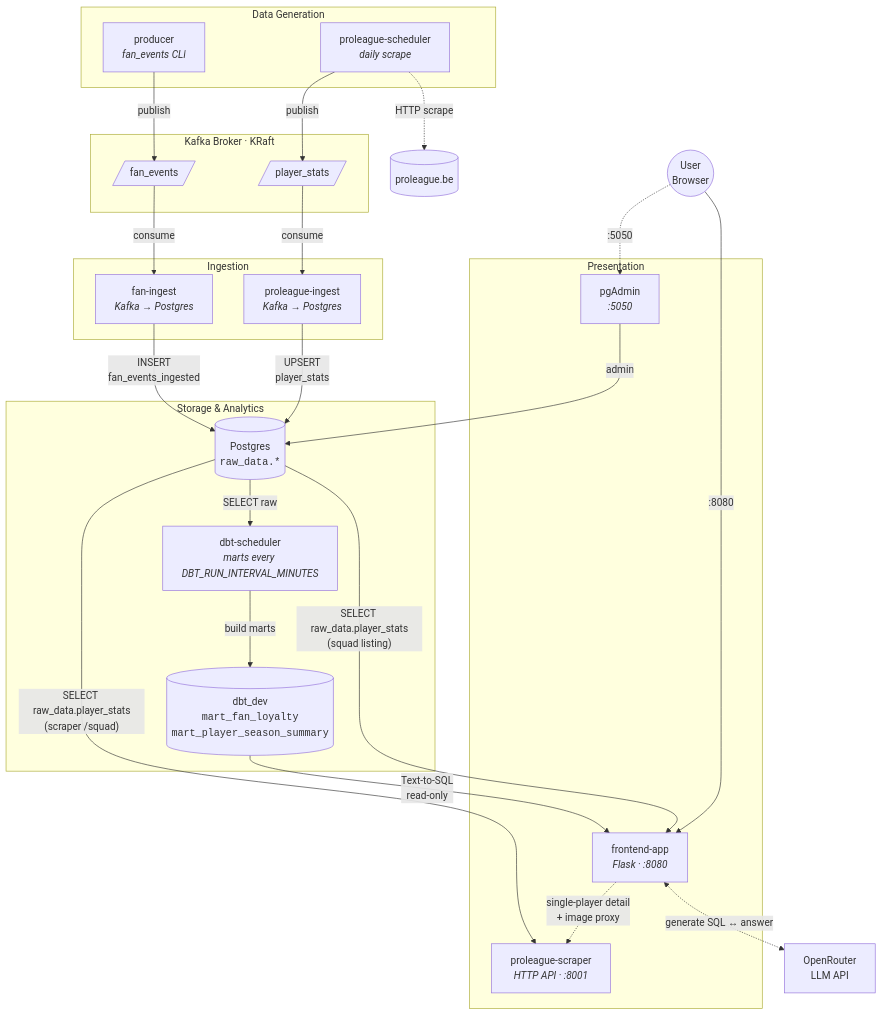
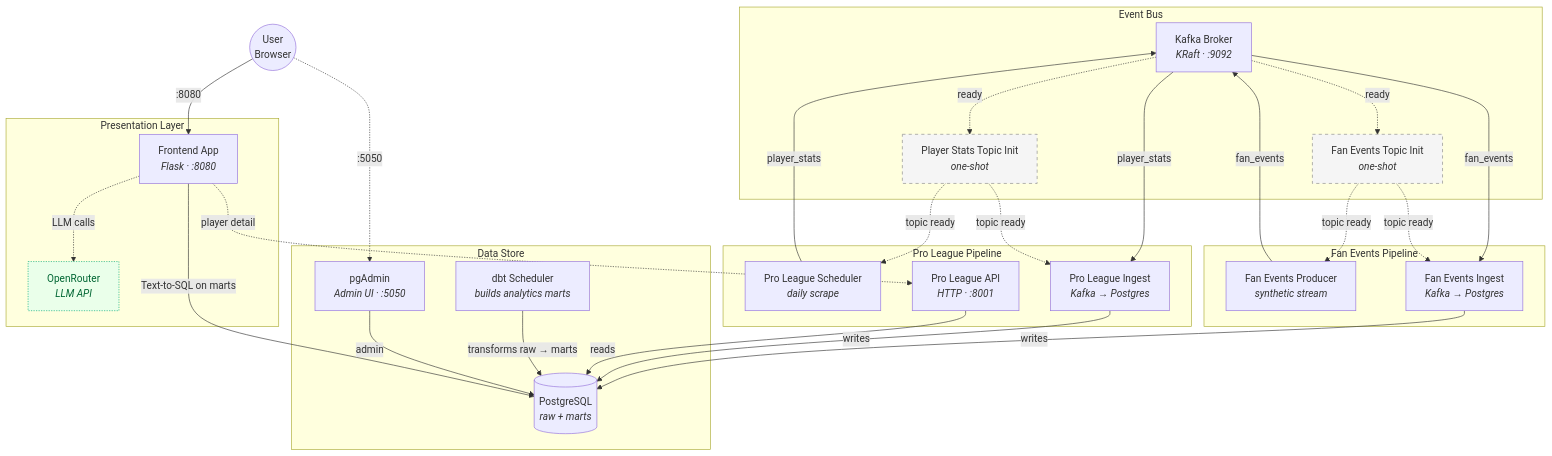
The diagram in README.md (mberetvas/blauw_zwart_pipeline), drawn with Mermaid before and after one commit. The commit also changed other lines of this file and 13 other files, not shown here.

````diff
--- a/README.md
+++ b/README.md
@@ -41,63 +40,72 @@
 ```mermaid
 flowchart TD
-    %% ── external actors ──────────────────────────────────────────
+    %% ── external actor ───────────────────────────────────────────
     user((User<br/>Browser))
-    proleague_site[(proleague.be)]
-    openrouter[OpenRouter<br/>LLM API]
 
-    %% ── data generation layer ────────────────────────────────────
-    subgraph gen ["Data Generation"]
-        producer["producer<br/><i>fan_events CLI</i>"]
-        scheduler["proleague-scheduler<br/><i>daily scrape</i>"]
+    %% ── event bus ────────────────────────────────────────────────
+    subgraph bus ["Event Bus"]
+        broker["Kafka Broker<br/><i>KRaft · :9092</i>"]
+        kafka_init["Fan Events Topic Init<br/><i>one-shot</i>"]:::init
+        kafka_init_scraper["Player Stats Topic Init<br/><i>one-shot</i>"]:::init
     end
 
-    %% ── message broker ───────────────────────────────────────────
-    subgraph kafka ["Kafka Broker · KRaft"]
-        fan_topic[/"fan_events"/]
-        player_topic[/"player_stats"/]
+    %% ── fan events pipeline ──────────────────────────────────────
+    subgraph fan ["Fan Events Pipeline"]
+        producer["Fan Events Producer<br/><i>synthetic stream</i>"]
+        ingest["Fan Events Ingest<br/><i>Kafka → Postgres</i>"]
     end
 
-    %% ── ingestion layer ──────────────────────────────────────────
-    subgraph consumers ["Ingestion"]
-        ingest["fan-ingest<br/><i>Kafka → Postgres</i>"]
-        pl_ingest["proleague-ingest<br/><i>Kafka → Postgres</i>"]
+    %% ── pro league pipeline ──────────────────────────────────────
+    subgraph pl ["Pro League Pipeline"]
+        pl_scheduler["Pro League Scheduler<br/><i>daily scrape</i>"]
+        pl_ingest["Pro League Ingest<br/><i>Kafka → Postgres</i>"]
+        pl_scraper["Pro League API<br/><i>HTTP · :8001</i>"]
     end
 
-    %% ── storage + analytics ──────────────────────────────────────
-    subgraph storage ["Storage & Analytics"]
-        postgres[("Postgres<br/><code>raw_data.*</code>")]
-        dbt["dbt-scheduler<br/><i>marts every DBT_RUN_INTERVAL_MINUTES</i>"]
-        marts[("dbt_dev<br/><code>mart_fan_loyalty</code><br/><code>mart_player_season_summary</code>")]
+    %% ── data store ───────────────────────────────────────────────
+    subgraph store ["Data Store"]
+        postgres[("PostgreSQL<br/><i>raw + marts</i>")]
+        dbt["dbt Scheduler<br/><i>builds analytics marts</i>"]
+        pgadmin["pgAdmin<br/><i>Admin UI · :5050</i>"]
     end
 
     %% ── presentation layer ───────────────────────────────────────
-    subgraph ui ["Presentation"]
-        frontend["frontend-app<br/><i>Flask · :8080</i>"]
-        scraper["proleague-scraper<br/><i>HTTP API · :8001</i>"]
-        pgadmin["pgAdmin<br/><i>:5050</i>"]
+    subgraph ui ["Presentation Layer"]
+        frontend["Frontend App<br/><i>Flask · :8080</i>"]
+        openrouter["OpenRouter<br/><i>LLM API</i>"]:::host
     end
 
-    %% ── flows ────────────────────────────────────────────────────
-    producer -- "publish" --> fan_topic
-    scheduler -. "HTTP scrape" .-> proleague_site
-    scheduler -- "publish" --> player_topic
+    %% ── topic init dependencies ──────────────────────────────────
+    broker -. "ready" .-> kafka_init
+    broker -. "ready" .-> kafka_init_scraper
 
-    fan_topic -- "consume" --> ingest
-    player_topic -- "consume" --> pl_ingest
+    %% ── fan events flow ──────────────────────────────────────────
+    producer -- "fan_events" --> broker
+    broker -- "fan_events" --> ingest
+    ingest -- "writes" --> postgres
+    kafka_init -. "topic ready" .-> producer
+    kafka_init -. "topic ready" .-> ingest
 
-    ingest -- "INSERT<br/>fan_events_ingested" --> postgres
-    pl_ingest -- "UPSERT<br/>player_stats" --> postgres
+    %% ── pro league flow ──────────────────────────────────────────
+    pl_scheduler -- "player_stats" --> broker
+    broker -- "player_stats" --> pl_ingest
+    pl_ingest -- "writes" --> postgres
+    pl_scraper -- "reads" --> postgres
+    kafka_init_scraper -. "topic ready" .-> pl_scheduler
+    kafka_init_scraper -. "topic ready" .-> pl_ingest
 
-    postgres -- "SELECT raw" --> dbt
-    dbt -- "build marts" --> marts
+    %% ── analytics + admin ────────────────────────────────────────
+    dbt -- "transforms raw → marts" --> postgres
+    pgadmin -- "admin" --> postgres
 
-    marts -- "Text-to-SQL<br/>read-only" --> frontend
-    postgres -- "SELECT raw_data.player_stats<br/>(squad listing)" --> frontend
-    postgres -- "SELECT raw_data.player_stats<br/>(scraper /squad)" --> scraper
-    frontend -. "single-player detail<br/>+ image proxy" .-> scraper
-    frontend <-. "generate SQL ↔ answer" .-> openrouter
-
+    %% ── presentation flow ────────────────────────────────────────
+    frontend -- "Text-to-SQL on marts" --> postgres
+    frontend -. "player detail" .-> pl_scraper
+    frontend -. "LLM calls" .-> openrouter
     user -- ":8080" --> frontend
     user -. ":5050" .-> pgadmin
-    pgadmin -- "admin" --> postgres
+
+    %% ── styling ──────────────────────────────────────────────────
+    classDef init fill:#f5f5f5,stroke:#888,color:#333,stroke-dasharray:5 5;
+    classDef host fill:#eaffea,stroke:#0a7,color:#063,stroke-dasharray:2 2;
 ```
````
